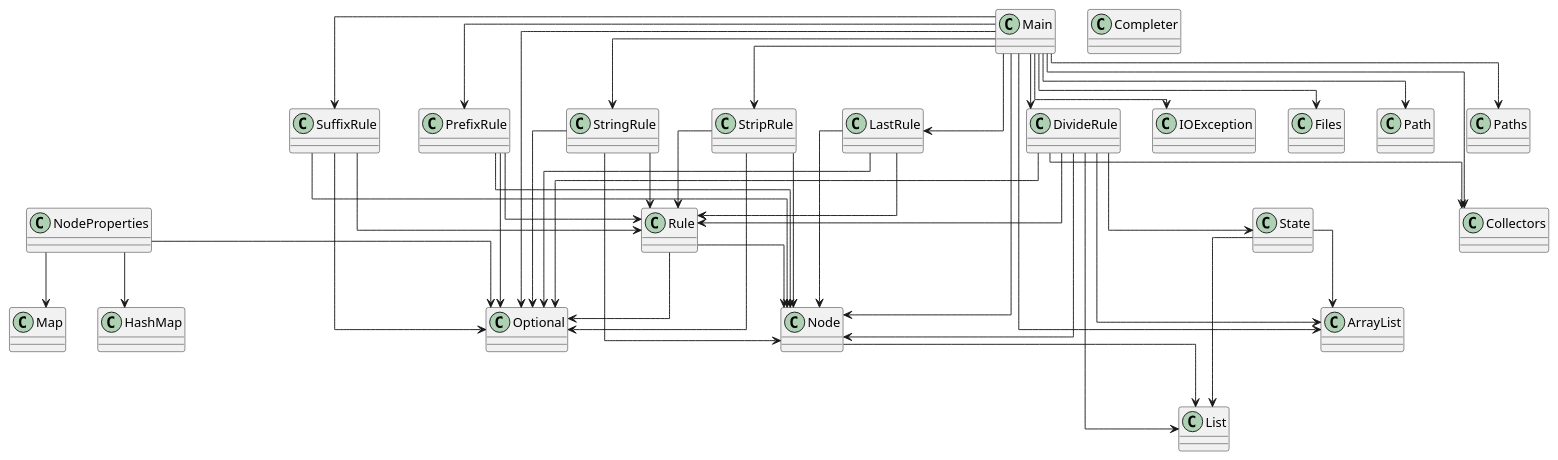
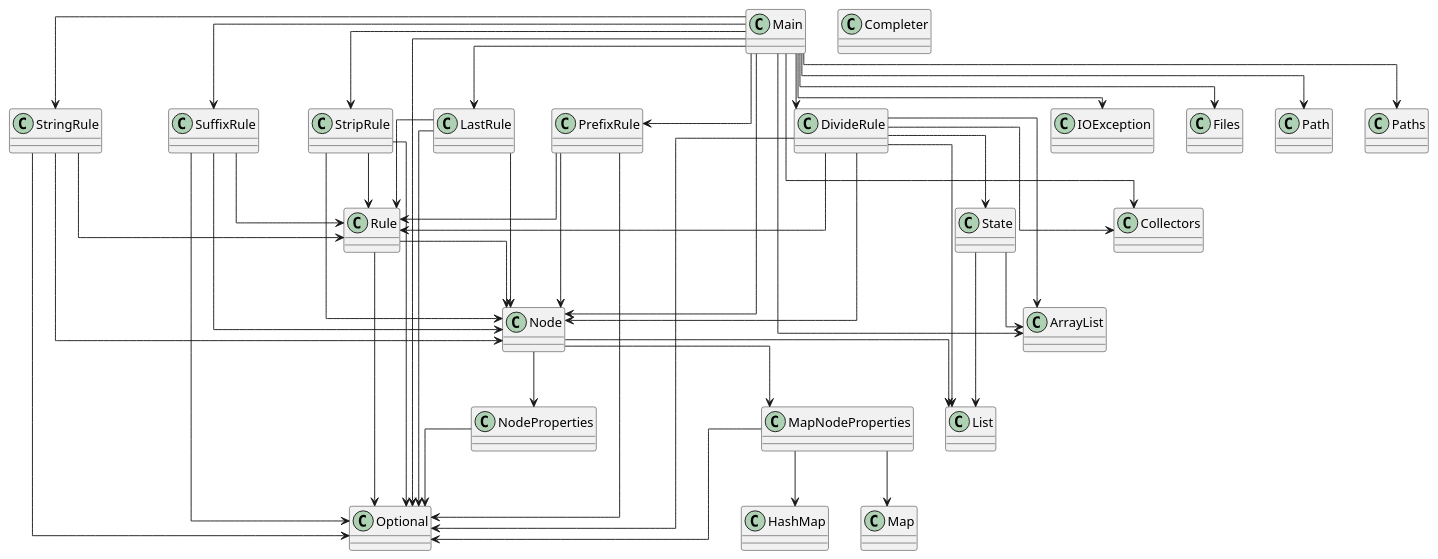
One commit to SirMathhman/Magma changed the diagram in diagram.puml. Above: the diagram before and after it, drawn with PlantUML. The commit also changed 5 other files, not shown here.

```diff
--- a/diagram.puml
+++ b/diagram.puml
@@ -1,59 +1,63 @@
 @startuml
 skinparam linetype ortho
-class SuffixRule
-SuffixRule --> Node
-SuffixRule --> Rule
-SuffixRule --> Optional
+class MapNodeProperties
+MapNodeProperties --> HashMap
+MapNodeProperties --> Map
+MapNodeProperties --> Optional
 class Node
+Node --> MapNodeProperties
+Node --> NodeProperties
 Node --> List
 class NodeProperties
-NodeProperties --> HashMap
-NodeProperties --> Map
 NodeProperties --> Optional
 class Rule
 Rule --> Node
 Rule --> Optional
-class StripRule
-StripRule --> Node
-StripRule --> Rule
-StripRule --> Optional
 class Completer
 class LastRule
 LastRule --> Node
 LastRule --> Rule
 LastRule --> Optional
-class Main
-Main --> Node
-Main --> DivideRule
-Main --> LastRule
-Main --> PrefixRule
-Main --> StringRule
-Main --> StripRule
-Main --> SuffixRule
-Main --> IOException
-Main --> Files
-Main --> Path
-Main --> Paths
-Main --> ArrayList
-Main --> Optional
-Main --> Collectors
 class DivideRule
 DivideRule --> Node
 DivideRule --> Rule
 DivideRule --> State
 DivideRule --> ArrayList
 DivideRule --> List
 DivideRule --> Optional
 DivideRule --> Collectors
 class PrefixRule
 PrefixRule --> Node
 PrefixRule --> Rule
 PrefixRule --> Optional
 class StringRule
 StringRule --> Node
 StringRule --> Rule
 StringRule --> Optional
+class SuffixRule
+SuffixRule --> Node
+SuffixRule --> Rule
+SuffixRule --> Optional
+class StripRule
+StripRule --> Node
+StripRule --> Rule
+StripRule --> Optional
+class Main
+Main --> Node
+Main --> DivideRule
+Main --> LastRule
+Main --> PrefixRule
+Main --> StringRule
+Main --> StripRule
+Main --> SuffixRule
+Main --> IOException
+Main --> Files
+Main --> Path
+Main --> Paths
+Main --> ArrayList
+Main --> Optional
+Main --> Collectors
 class State
 State --> ArrayList
 State --> List
 @enduml
```
